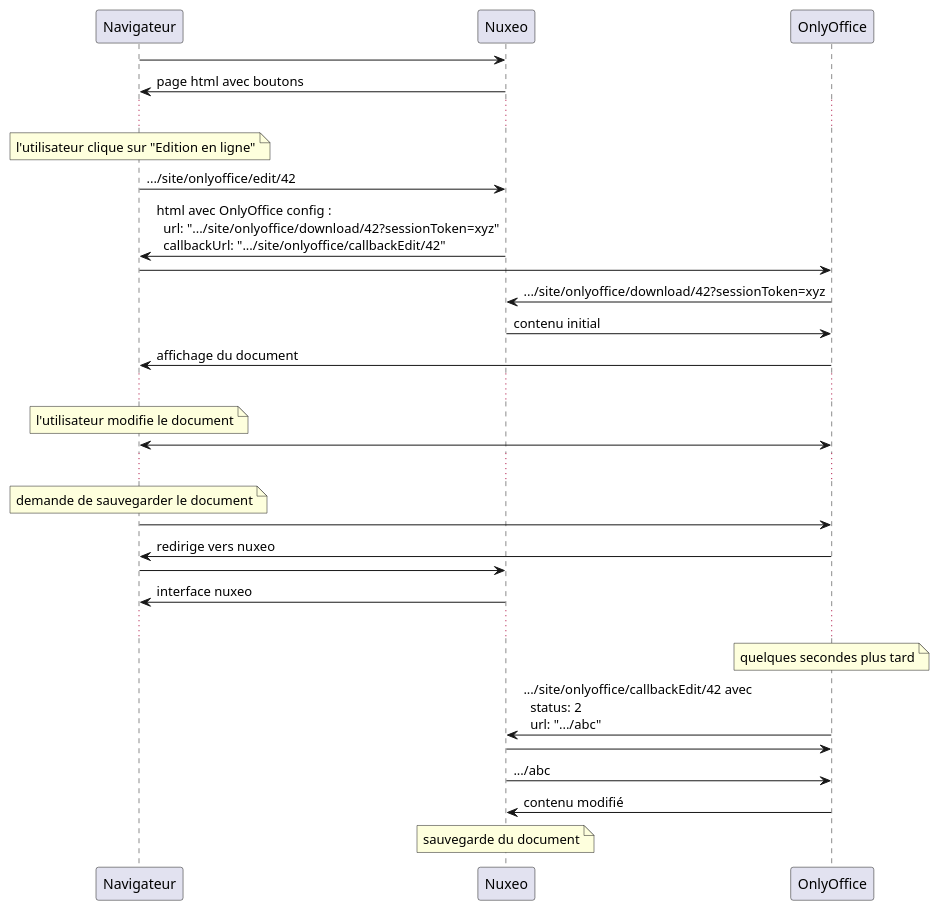
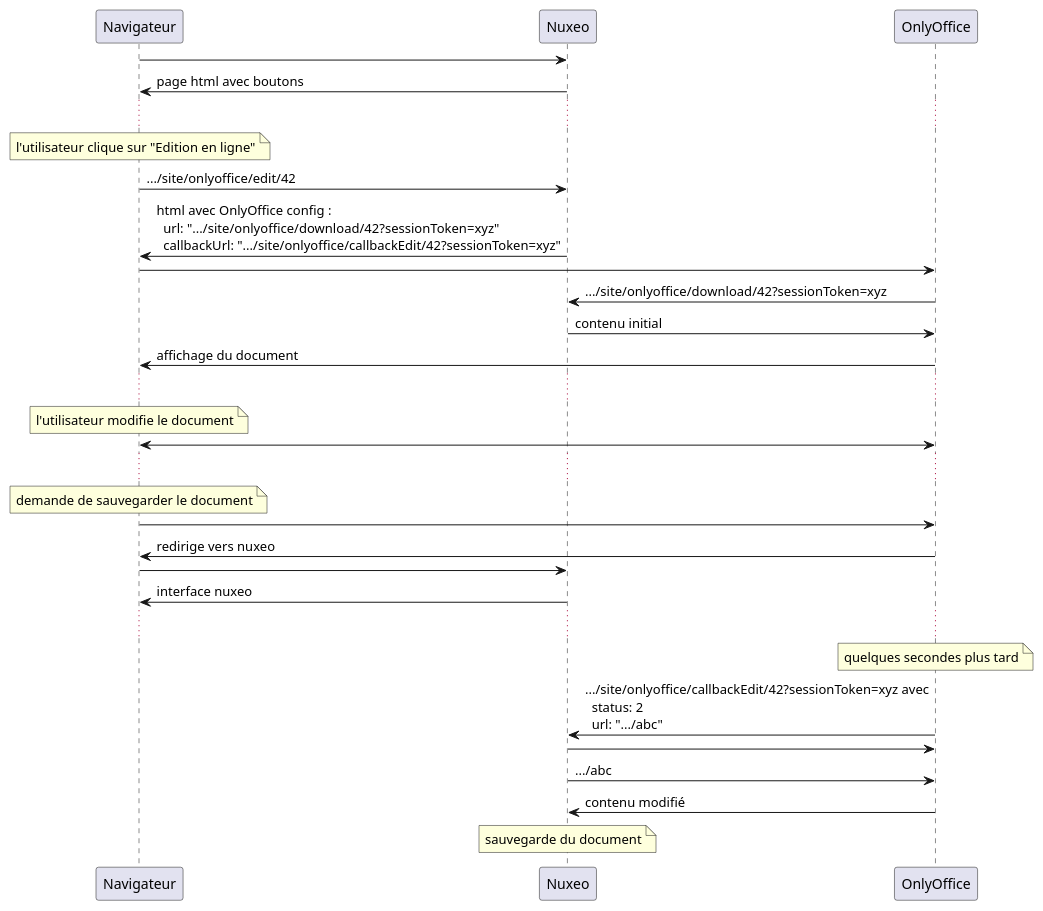
Before and after one commit to prigaux/nuxeo-onlyoffice: the diagram in docs/diagrammes.puml, drawn with PlantUML. The commit also changed 6 other files, not shown here.

Commit message:
do pass sessionToken in url for /callback* urls

```diff
--- a/docs/diagrammes.puml
+++ b/docs/diagrammes.puml
@@ -1,36 +1,36 @@
 @startuml diagramme-edit
 
 Navigateur->Nuxeo: 
 Nuxeo->Navigateur: page html avec boutons
 
 ...
 note over Navigateur: l'utilisateur clique sur "Edition en ligne"
 
 Navigateur->Nuxeo: .../site/onlyoffice/edit/42
-Nuxeo -> Navigateur: html avec OnlyOffice config :\n  url: ".../site/onlyoffice/download/42?sessionToken=xyz"\n  callbackUrl: ".../site/onlyoffice/callbackEdit/42"
+Nuxeo -> Navigateur: html avec OnlyOffice config :\n  url: ".../site/onlyoffice/download/42?sessionToken=xyz"\n  callbackUrl: ".../site/onlyoffice/callbackEdit/42?sessionToken=xyz"
     
 Navigateur -> OnlyOffice
 OnlyOffice -> Nuxeo : .../site/onlyoffice/download/42?sessionToken=xyz
 Nuxeo -> OnlyOffice : contenu initial
 OnlyOffice -> Navigateur : affichage du document
 
 ...
 note over Navigateur : l'utilisateur modifie le document
 Navigateur <-> OnlyOffice :
 ...
 
 note over Navigateur : demande de sauvegarder le document
 Navigateur -> OnlyOffice :
 OnlyOffice -> Navigateur : redirige vers nuxeo
 Navigateur -> Nuxeo :
 Nuxeo -> Navigateur : interface nuxeo
 
 ...
 note over OnlyOffice : quelques secondes plus tard
-OnlyOffice -> Nuxeo : .../site/onlyoffice/callbackEdit/42 avec\n  status: 2\n  url: ".../abc"
+OnlyOffice -> Nuxeo : .../site/onlyoffice/callbackEdit/42?sessionToken=xyz avec\n  status: 2\n  url: ".../abc"
 Nuxeo -> OnlyOffice
 Nuxeo -> OnlyOffice : .../abc
 OnlyOffice -> Nuxeo : contenu modifié
 note over Nuxeo : sauvegarde du document
 
 @enduml
```
